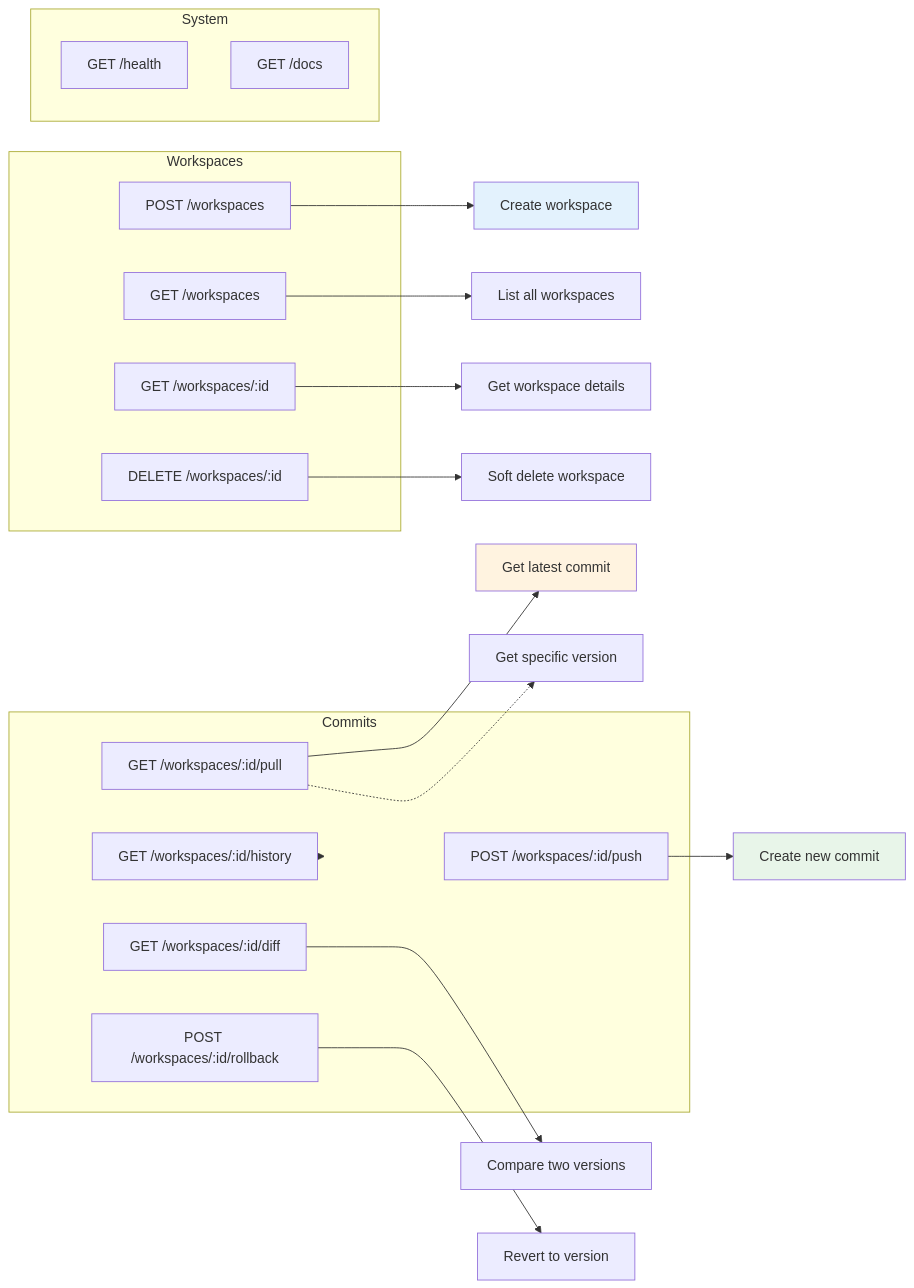
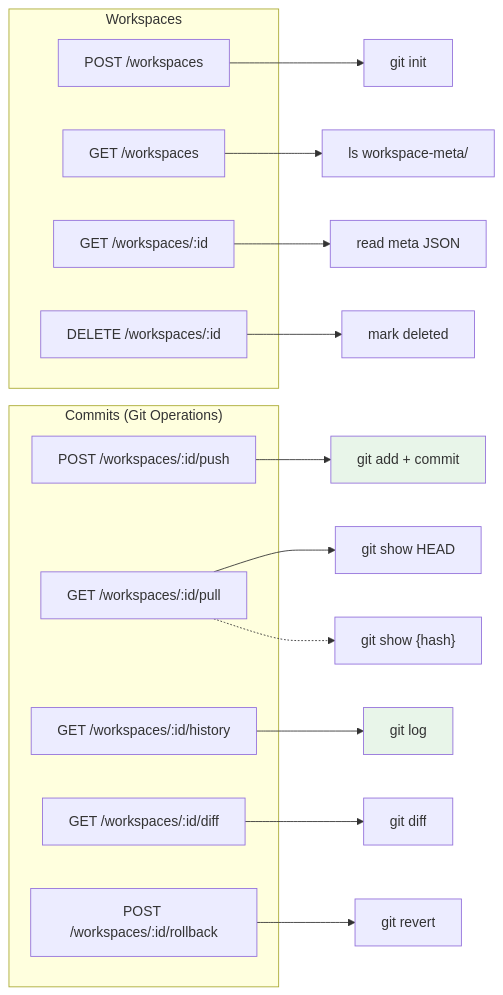
One commit to hwvaj12/contextvault changed the fifth of 7 diagrams in docs/ARCHITECTURE.md. Above: the diagram before and after it, drawn with Mermaid. The commit also changed other lines of this file, not shown here.

First line of the commit message:
docs: update architecture to reflect Git-native storage

````diff
--- a/docs/ARCHITECTURE.md
+++ b/docs/ARCHITECTURE.md
@@ -206,37 +169,31 @@
 ```mermaid
 graph LR
     subgraph "Workspaces"
         CWS["POST /workspaces"]
         LWS["GET /workspaces"]
         GWS["GET /workspaces/:id"]
         DWS["DELETE /workspaces/:id"]
     end
 
-    subgraph "Commits"
+    subgraph "Commits (Git Operations)"
         Push["POST /workspaces/:id/push"]
         Pull["GET /workspaces/:id/pull"]
         Hist["GET /workspaces/:id/history"]
         Diff["GET /workspaces/:id/diff"]
         Roll["POST /workspaces/:id/rollback"]
     end
 
-    subgraph "System"
-        Health["GET /health"]
-        Docs["GET /docs"]
-    end
+    CWS --> Create["git init"]
+    LWS --> List["ls workspace-meta/"]
+    GWS --> Get["read meta JSON"]
+    DWS --> Delete["mark deleted"]
+    Push --> NewCommit["git add + commit"]
+    Pull --> Latest["git show HEAD"]
+    Pull -.-> Specific["git show {hash}"]
+    Hist --> Log["git log"]
+    Diff --> Compare["git diff"]
+    Roll --> Revert["git revert"]
 
-    CWS --> Create["Create workspace"]
-    LWS --> List["List all workspaces"]
-    GWS --> Get["Get workspace details"]
-    DWS --> Delete["Soft delete workspace"]
-    Push --> NewCommit["Create new commit"]
-    Pull --> Latest["Get latest commit"]
-    Pull -.-> Specific["Get specific version"]
-    Hist --> Commits["List commit history"]
-    Diff --> Compare["Compare two versions"]
-    Roll --> Revert["Revert to version"]
-
-    style Create fill:#e3f2fd
     style NewCommit fill:#e8f5e9
-    style Latest fill:#fff3e0
+    style Log fill:#e8f5e9
 ```
````
